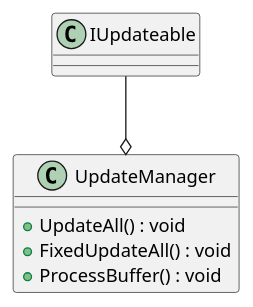
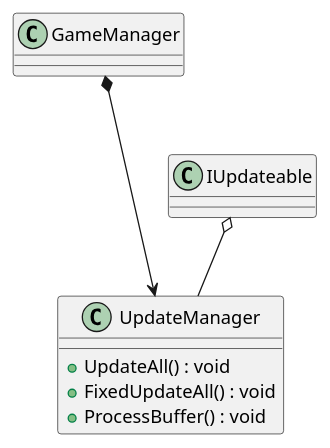
The diagram in Assets/UML/Scripts/_COMMON/UpdateManager.puml (hiroshi-mcbride/kmgdev-game-arch2), drawn with PlantUML before and after one commit. The commit also changed 30 other files, not shown here.

Commit message:
add IStateRunner fsm dependency. update uml

```diff
--- a/Assets/UML/Scripts/_COMMON/UpdateManager.puml
+++ b/Assets/UML/Scripts/_COMMON/UpdateManager.puml
@@ -1,9 +1,10 @@
 @startuml
 class UpdateManager {
     + UpdateAll() : void
     + FixedUpdateAll() : void
     + ProcessBuffer() : void
 }
 
-IUpdateable --o UpdateManager
+GameManager *---> UpdateManager
+IUpdateable o-- UpdateManager
 @enduml
```
